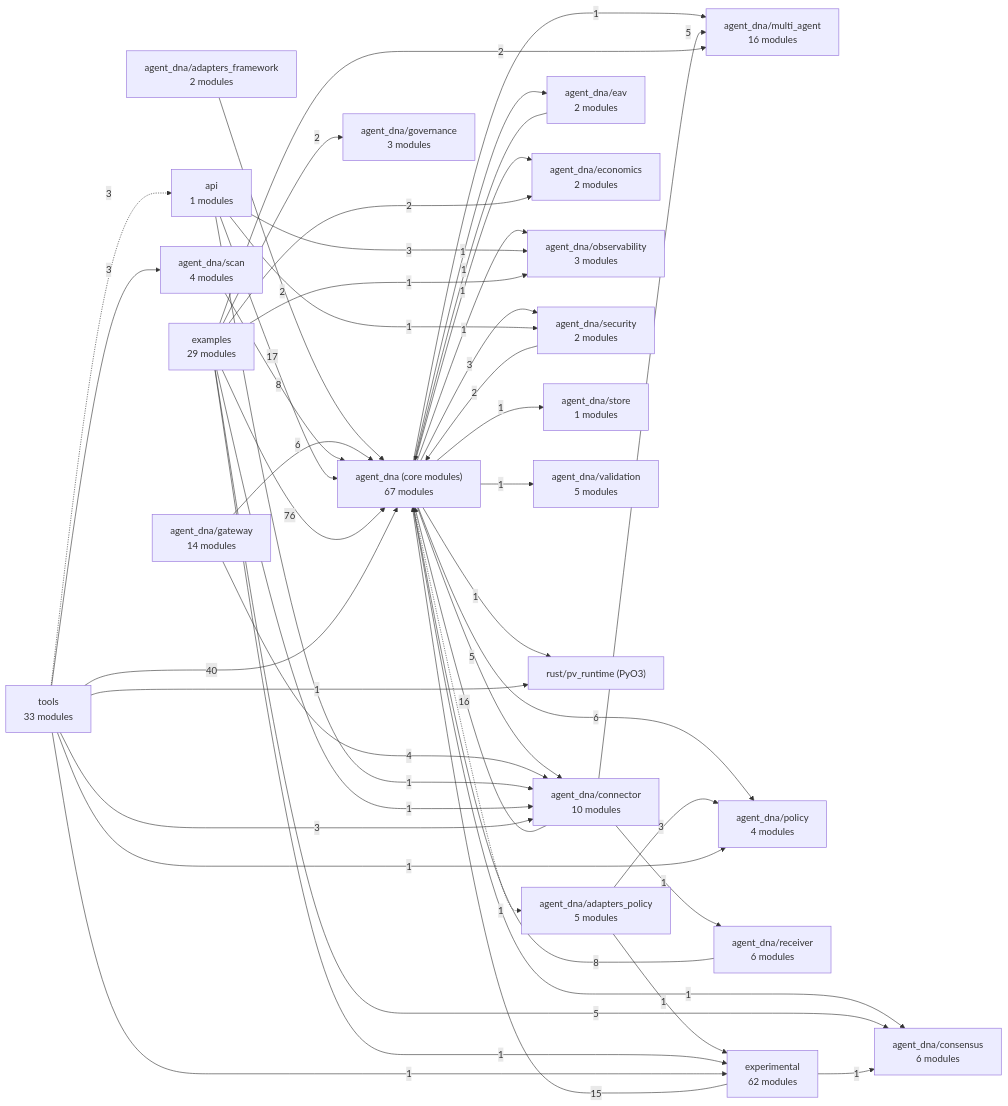
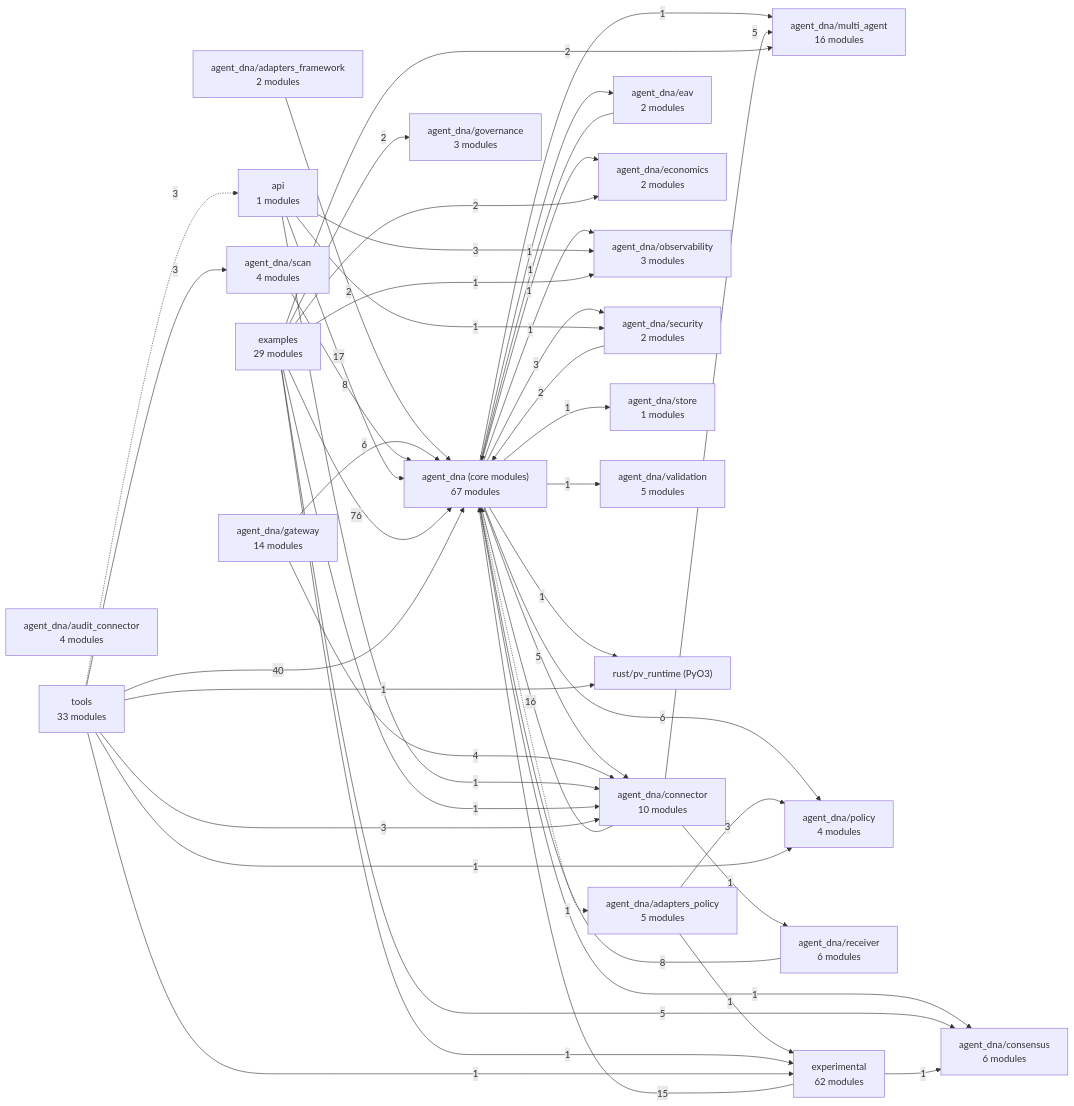
The diagram in docs/architecture/MAP.md (LOLA0786/privatevault-agent-dna), drawn with Mermaid before and after one commit. The commit also changed other lines of this file and 11 other files, not shown here.

First line of the commit message:
audit connector: read-only MCP server over the audit-scope API (#143)

````diff
--- a/docs/architecture/MAP.md
+++ b/docs/architecture/MAP.md
@@ -7,70 +7,71 @@
 ```mermaid
 flowchart LR
   n0["agent_dna (core modules)<br/>67 modules"]
   n1["agent_dna/adapters_framework<br/>2 modules"]
   n2["agent_dna/adapters_policy<br/>5 modules"]
-  n3["agent_dna/connector<br/>10 modules"]
-  n4["agent_dna/consensus<br/>6 modules"]
-  n5["agent_dna/eav<br/>2 modules"]
-  n6["agent_dna/economics<br/>2 modules"]
-  n7["agent_dna/gateway<br/>14 modules"]
-  n8["agent_dna/governance<br/>3 modules"]
-  n9["agent_dna/multi_agent<br/>16 modules"]
-  n10["agent_dna/observability<br/>3 modules"]
-  n11["agent_dna/policy<br/>4 modules"]
-  n12["agent_dna/receiver<br/>6 modules"]
-  n13["agent_dna/scan<br/>4 modules"]
-  n14["agent_dna/security<br/>2 modules"]
-  n15["agent_dna/store<br/>1 modules"]
-  n16["agent_dna/validation<br/>5 modules"]
-  n17["api<br/>1 modules"]
-  n18["examples<br/>29 modules"]
-  n19["experimental<br/>62 modules"]
-  n20["rust/pv_runtime (PyO3)"]
-  n21["tools<br/>33 modules"]
+  n3["agent_dna/audit_connector<br/>4 modules"]
+  n4["agent_dna/connector<br/>10 modules"]
+  n5["agent_dna/consensus<br/>6 modules"]
+  n6["agent_dna/eav<br/>2 modules"]
+  n7["agent_dna/economics<br/>2 modules"]
+  n8["agent_dna/gateway<br/>14 modules"]
+  n9["agent_dna/governance<br/>3 modules"]
+  n10["agent_dna/multi_agent<br/>16 modules"]
+  n11["agent_dna/observability<br/>3 modules"]
+  n12["agent_dna/policy<br/>4 modules"]
+  n13["agent_dna/receiver<br/>6 modules"]
+  n14["agent_dna/scan<br/>4 modules"]
+  n15["agent_dna/security<br/>2 modules"]
+  n16["agent_dna/store<br/>1 modules"]
+  n17["agent_dna/validation<br/>5 modules"]
+  n18["api<br/>1 modules"]
+  n19["examples<br/>29 modules"]
+  n20["experimental<br/>62 modules"]
+  n21["rust/pv_runtime (PyO3)"]
+  n22["tools<br/>33 modules"]
   n0 -.->|1| n2
-  n0 -->|5| n3
-  n0 -->|1| n4
+  n0 -->|5| n4
   n0 -->|1| n5
   n0 -->|1| n6
-  n0 -->|1| n9
+  n0 -->|1| n7
   n0 -->|1| n10
-  n0 -->|6| n11
-  n0 -->|3| n14
-  n0 -->|1| n15
+  n0 -->|1| n11
+  n0 -->|6| n12
+  n0 -->|3| n15
   n0 -->|1| n16
-  n0 -->|1| n20
+  n0 -->|1| n17
+  n0 -->|1| n21
   n1 -->|2| n0
-  n2 -->|3| n11
-  n2 -->|1| n19
-  n3 -->|16| n0
-  n3 -->|5| n9
-  n3 -->|1| n12
-  n5 -->|1| n0
-  n7 -->|6| n0
-  n7 -->|4| n3
-  n12 -->|8| n0
+  n2 -->|3| n12
+  n2 -->|1| n20
+  n4 -->|16| n0
+  n4 -->|5| n10
+  n4 -->|1| n13
+  n6 -->|1| n0
+  n8 -->|6| n0
+  n8 -->|4| n4
   n13 -->|8| n0
-  n14 -->|2| n0
-  n17 -->|17| n0
-  n17 -->|1| n3
-  n17 -->|3| n10
-  n17 -->|1| n14
-  n18 -->|76| n0
-  n18 -->|1| n3
-  n18 -->|5| n4
-  n18 -->|2| n6
-  n18 -->|2| n8
-  n18 -->|2| n9
-  n18 -->|1| n10
-  n18 -->|1| n19
-  n19 -->|15| n0
+  n14 -->|8| n0
+  n15 -->|2| n0
+  n18 -->|17| n0
+  n18 -->|1| n4
+  n18 -->|3| n11
+  n18 -->|1| n15
+  n19 -->|76| n0
   n19 -->|1| n4
-  n21 -->|40| n0
-  n21 -->|3| n3
-  n21 -->|1| n11
-  n21 -->|3| n13
-  n21 -.->|3| n17
-  n21 -->|1| n19
-  n21 -->|1| n20
+  n19 -->|5| n5
+  n19 -->|2| n7
+  n19 -->|2| n9
+  n19 -->|2| n10
+  n19 -->|1| n11
+  n19 -->|1| n20
+  n20 -->|15| n0
+  n20 -->|1| n5
+  n22 -->|40| n0
+  n22 -->|3| n4
+  n22 -->|1| n12
+  n22 -->|3| n14
+  n22 -.->|3| n18
+  n22 -->|1| n20
+  n22 -->|1| n21
 ```
````
